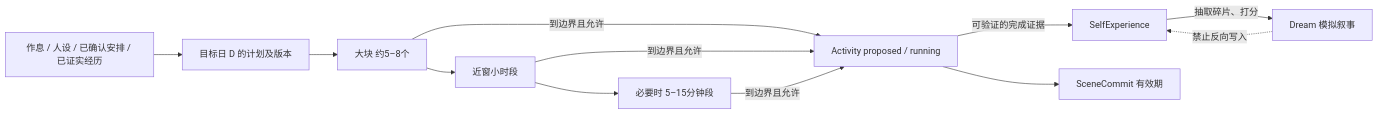
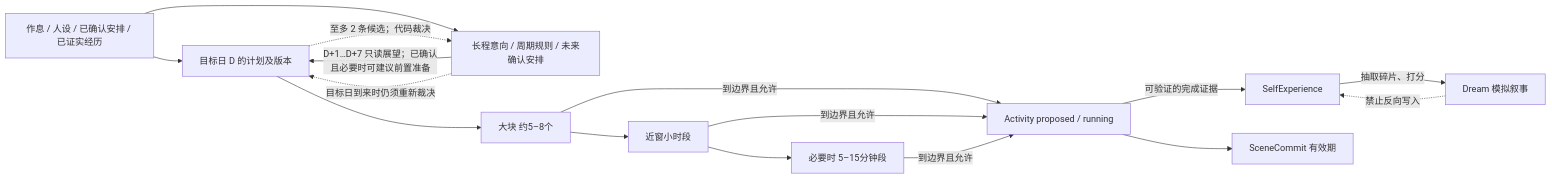
Before and after one commit to qsbb/ling: the diagram in docs/DREAM-SCHEDULE-DESIGN.md, drawn with Mermaid. The commit also changed other lines of this file, not shown here.

````diff
--- a/docs/DREAM-SCHEDULE-DESIGN.md
+++ b/docs/DREAM-SCHEDULE-DESIGN.md
@@ -32,12 +33,16 @@
 ```mermaid
 flowchart LR
   R[作息 / 人设 / 已确认安排 / 已证实经历] --> P[目标日 D 的计划及版本]
+  R --> I[长程意向 / 周期规则 / 未来确认安排]
+  I -->|D+1…D+7 只读展望；已确认且必要时可建议前置准备| P
+  P -.至多 2 条候选；代码裁决.-> I
+  I -.目标日到来时仍须重新裁决.-> P
   P --> B[大块 约5–8个]
   B --> H[近窗小时段]
   H --> M[必要时 5–15分钟段]
   B & H & M -->|到边界且允许| A[Activity proposed / running]
   A -->|可验证的完成证据| E[SelfExperience]
   A --> S[SceneCommit 有效期]
   E -->|抽取碎片、打分| D[Dream 模拟叙事]
   D -. 禁止反向写入 .-> E
 ```
````
